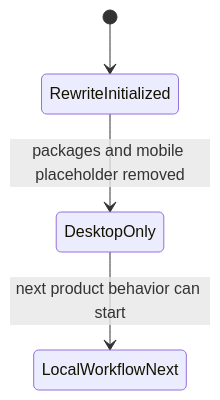
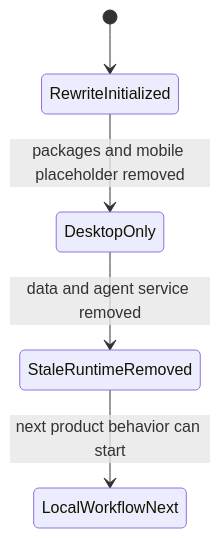
Before and after one commit to deweyou/weave: the diagram in docs/.state.md, drawn with Mermaid. The commit also changed other lines of this file and 18 other files, not shown here.

Commit message:
chore: remove stale runtime files

````diff
--- a/docs/.state.md
+++ b/docs/.state.md
@@ -3,6 +3,7 @@
 ```mermaid
 stateDiagram-v2
     [*] --> RewriteInitialized
     RewriteInitialized --> DesktopOnly: packages and mobile placeholder removed
-    DesktopOnly --> LocalWorkflowNext: next product behavior can start
+    DesktopOnly --> StaleRuntimeRemoved: data and agent service removed
+    StaleRuntimeRemoved --> LocalWorkflowNext: next product behavior can start
 ```
````
